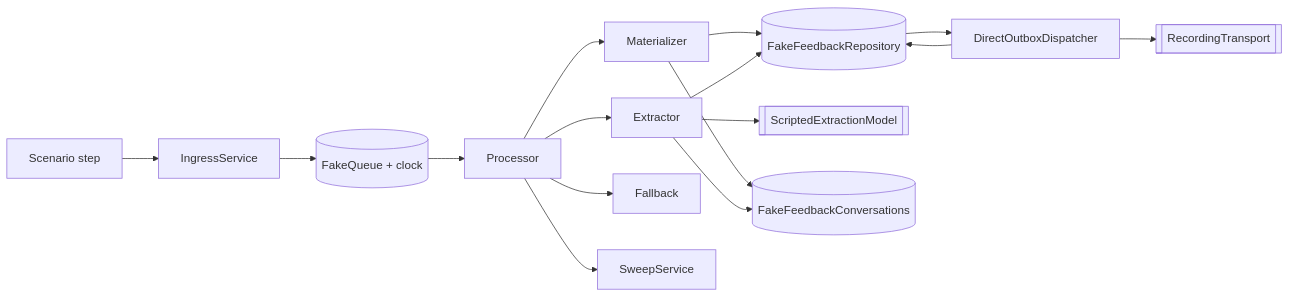
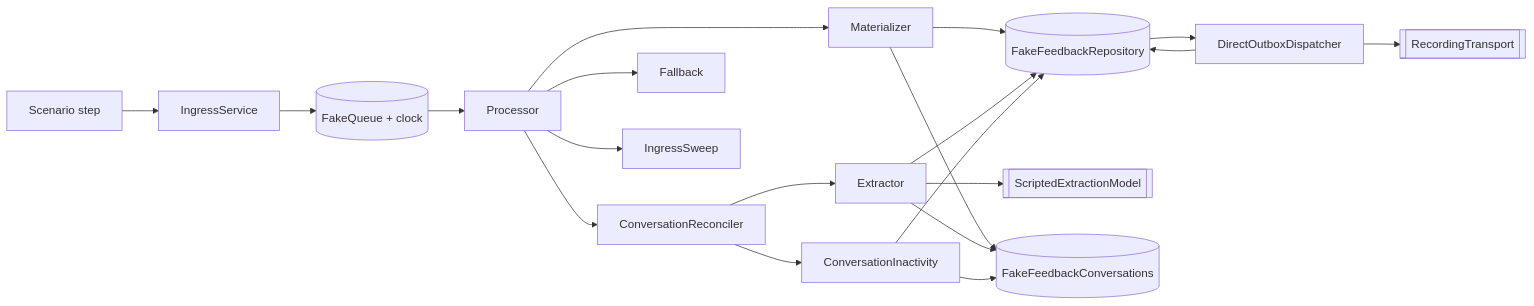
One commit to johnakisk0700/slopform changed the diagram in docs/backend/modules/post-event-feedback-scenarios.md. Above: the diagram before and after it, drawn with Mermaid. The commit also changed 19 other files, not shown here.

````diff
--- a/docs/backend/modules/post-event-feedback-scenarios.md
+++ b/docs/backend/modules/post-event-feedback-scenarios.md
@@ -818,18 +818,22 @@
 ```mermaid
 flowchart LR
   step[Scenario step] --> ing[IngressService]
   ing --> q[(FakeQueue + clock)]
   q --> proc[Processor]
   proc --> mat[Materializer]
-  proc --> ext[Extractor]
+  proc --> run[ConversationReconciler]
+  run --> ext[Extractor]
+  run --> inactivity[ConversationInactivity]
   proc --> fb[Fallback]
-  proc --> swp[SweepService]
+  proc --> swp[IngressSweep]
   pg --> dispatch[DirectOutboxDispatcher]
   dispatch --> transport[[RecordingTransport]]
   ext --> model[[ScriptedExtractionModel]]
   mat --> conv[(FakeFeedbackConversations)]
   ext --> conv
+  inactivity --> conv
   mat --> pg[(FakeFeedbackRepository)]
   ext --> pg
+  inactivity --> pg
   dispatch --> pg
 ```
````
